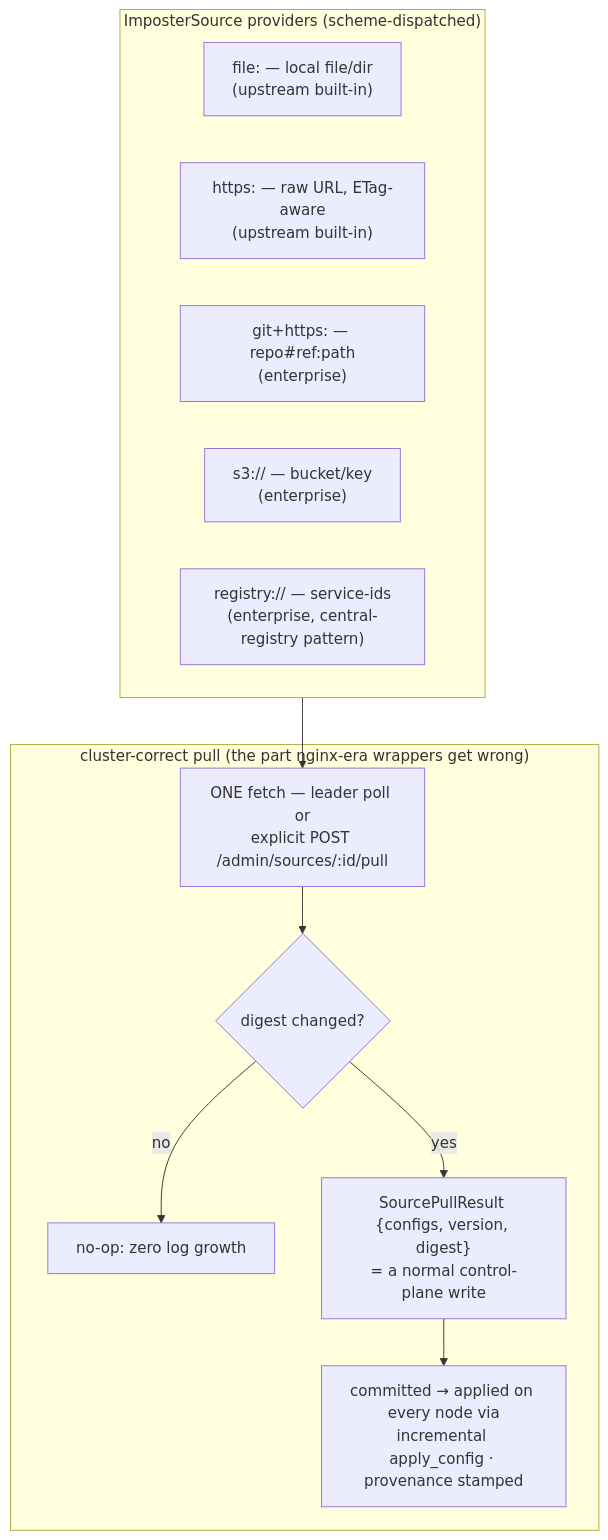
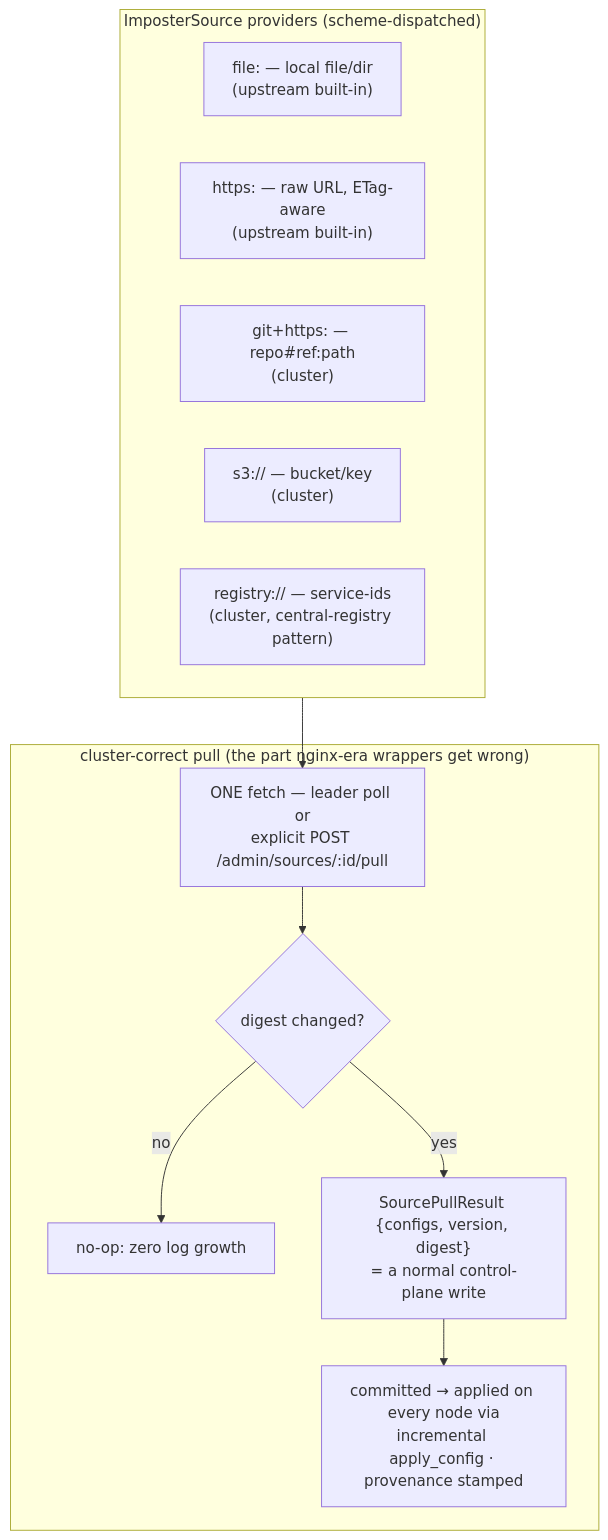
The second of 2 diagrams in docs/architecture/13-front-door-and-sources.md (achird-labs/rift-cluster), drawn with Mermaid before and after one commit. The commit also changed other lines of this file and 123 other files, not shown here.

First line of the commit message:
chore: rename rift-enterprise to rift-cluster (#193)

````diff
--- a/docs/architecture/13-front-door-and-sources.md
+++ b/docs/architecture/13-front-door-and-sources.md
@@ -67,20 +67,20 @@
 ```mermaid
 flowchart TB
     subgraph providers["ImposterSource providers (scheme-dispatched)"]
         F["file: — local file/dir<br/>(upstream built-in)"]
         H["https: — raw URL, ETag-aware<br/>(upstream built-in)"]
-        G["git+https: — repo#ref:path<br/>(enterprise)"]
-        S3["s3:// — bucket/key<br/>(enterprise)"]
-        R["registry:// — service-ids<br/>(enterprise, central-registry pattern)"]
+        G["git+https: — repo#ref:path<br/>(cluster)"]
+        S3["s3:// — bucket/key<br/>(cluster)"]
+        R["registry:// — service-ids<br/>(cluster, central-registry pattern)"]
     end
 
     providers --> PULL
 
     subgraph cluster["cluster-correct pull (the part nginx-era wrappers get wrong)"]
         PULL["ONE fetch — leader poll or<br/>explicit POST /admin/sources/:id/pull"]
         PULL --> DG{digest changed?}
         DG -- no --> NOP["no-op: zero log growth"]
         DG -- yes --> OP["SourcePullResult {configs, version, digest}<br/>= a normal control-plane write"]
         OP --> AP["committed → applied on every node via<br/>incremental apply_config · provenance stamped"]
     end
 ```
````
